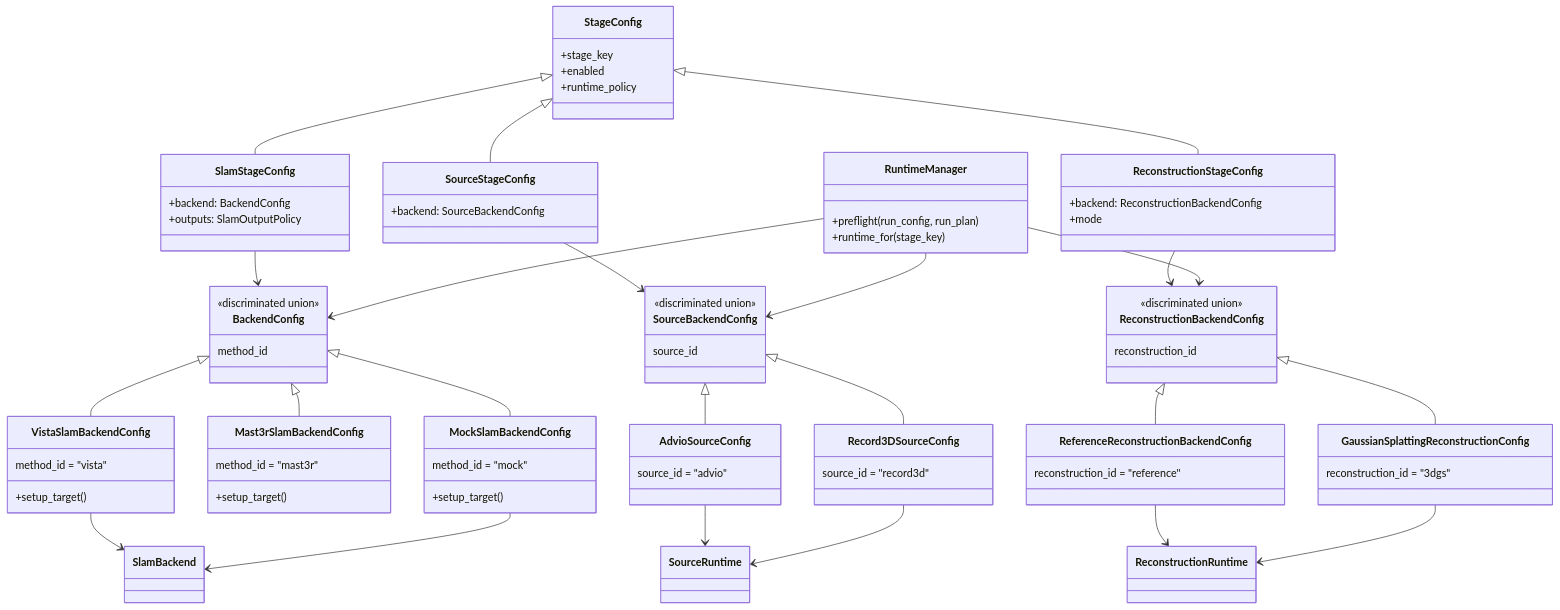
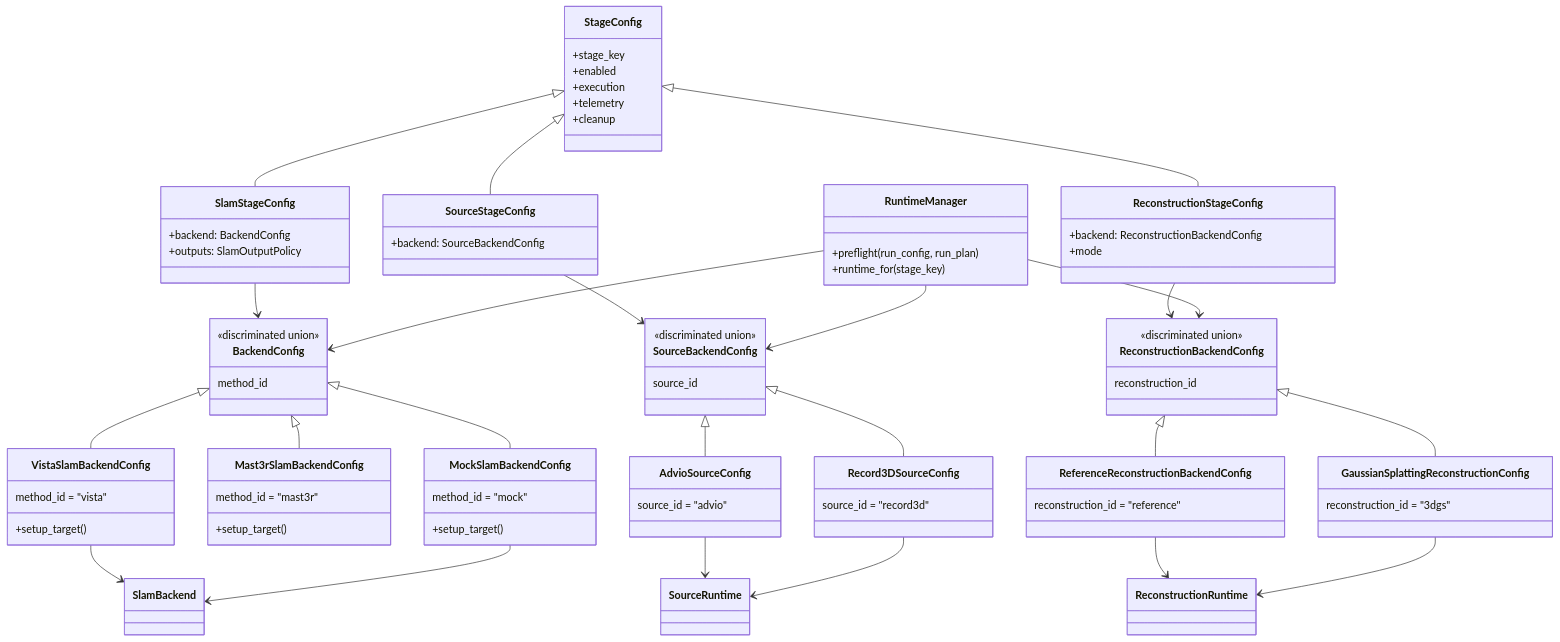
Before and after one commit to JanDuchscherer104/prml-vslam: diagram 17 of 17 in docs/architecture/pipeline-stage-refactor-target.md, drawn with Mermaid. The commit also changed other lines of this file, not shown here.

```diff
--- a/docs/architecture/pipeline-stage-refactor-target.md
+++ b/docs/architecture/pipeline-stage-refactor-target.md
@@ -1761,7 +1809,9 @@
     class StageConfig {
         +stage_key
         +enabled
-        +runtime_policy
+        +execution
+        +telemetry
+        +cleanup
     }
 
     class SlamStageConfig {
```
